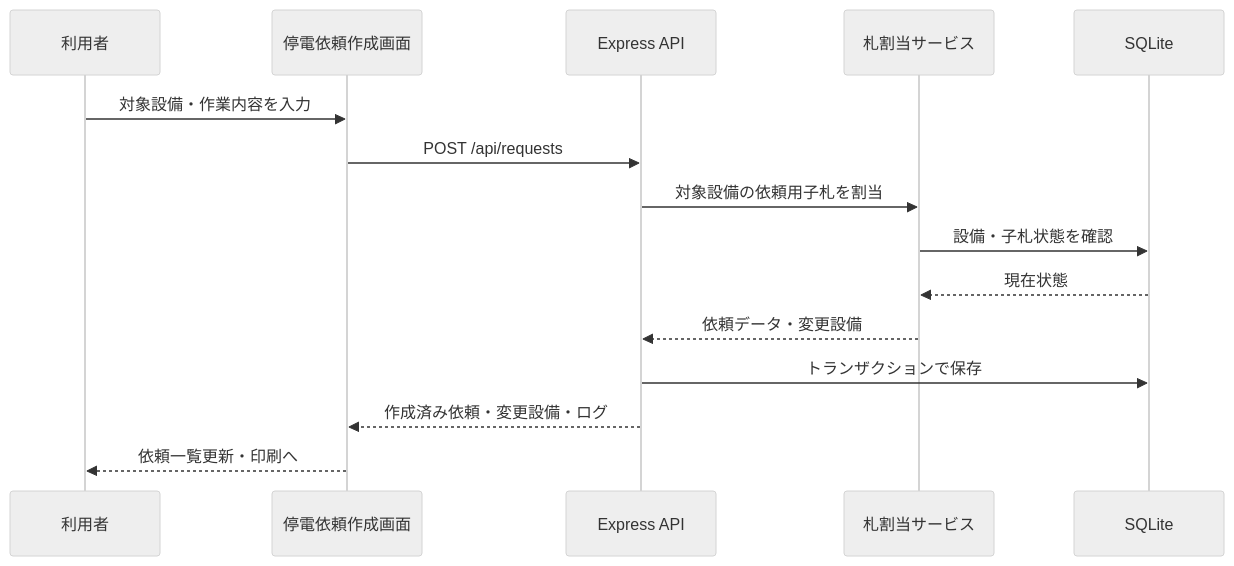
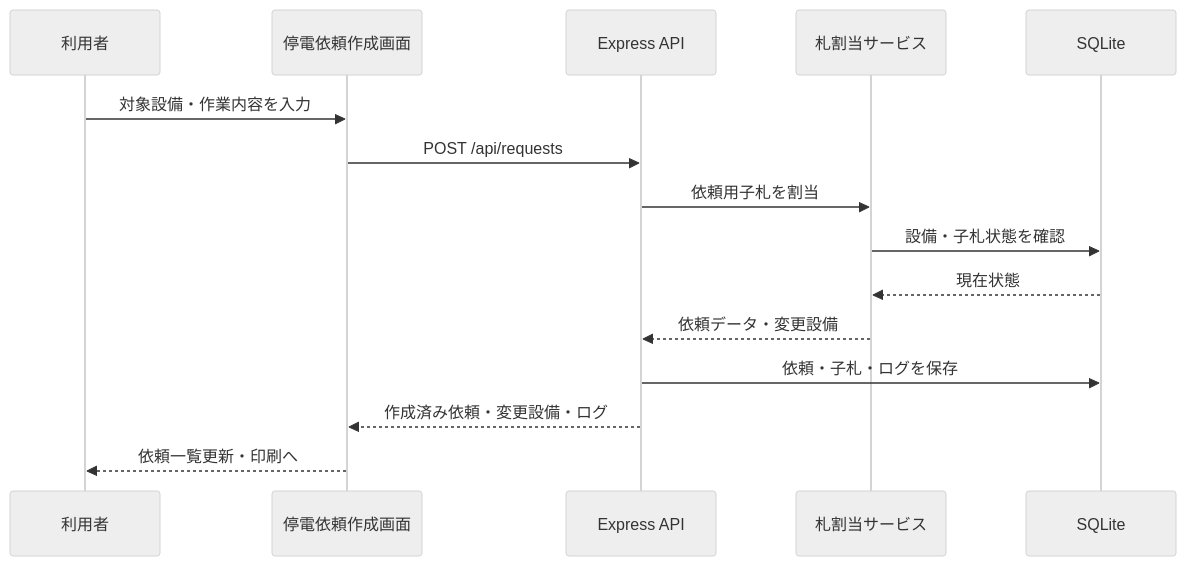
Before and after one commit to nas105397-ux/mccb-manager: the fifth of 6 diagrams in docs/system-architecture.md, drawn with Mermaid (neutral theme). The commit also changed other lines of this file and 1 other file, not shown here.

Commit message:
ハードウェアおよびシステム構成図の改善: 標準構成の説明を明確化し、ネットワーク接続や機器の役割を整理。印刷操作の接続方法を更新し、構成の考え方を簡潔に表現。

````diff
--- a/docs/system-architecture.md
+++ b/docs/system-architecture.md
@@ -142,18 +132,18 @@
 ```mermaid
 sequenceDiagram
   participant User as 利用者
   participant UI as 停電依頼作成画面
   participant API as Express API
   participant Assign as 札割当サービス
   participant DB as SQLite
 
   User->>UI: 対象設備・作業内容を入力
   UI->>API: POST /api/requests
-  API->>Assign: 対象設備の依頼用子札を割当
+  API->>Assign: 依頼用子札を割当
   Assign->>DB: 設備・子札状態を確認
   DB-->>Assign: 現在状態
   Assign-->>API: 依頼データ・変更設備
-  API->>DB: トランザクションで保存
+  API->>DB: 依頼・子札・ログを保存
   API-->>UI: 作成済み依頼・変更設備・ログ
   UI-->>User: 依頼一覧更新・印刷へ
 ```
````
